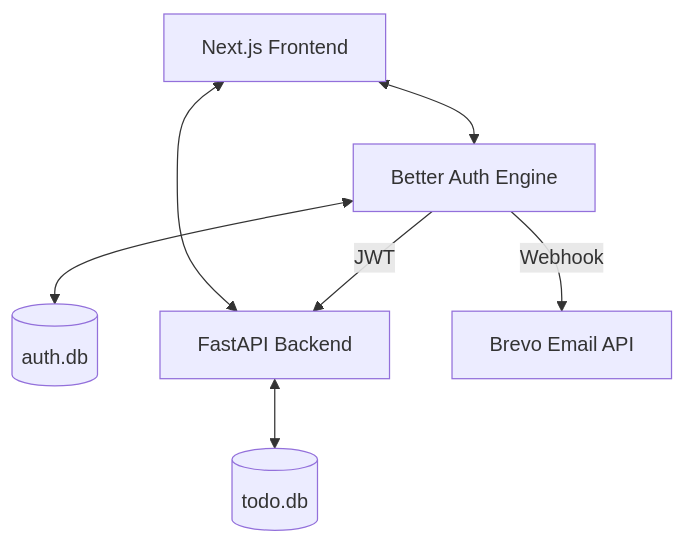
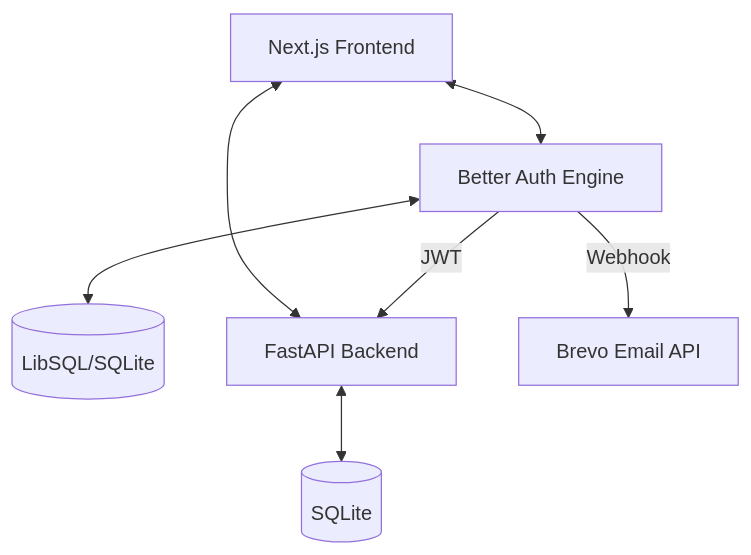
Before and after one commit to rizts/next-todo: the diagram in README.md, drawn with Mermaid. The commit also changed other lines of this file, not shown here.

Commit message:
docs: update README with production architecture and environment details

````diff
--- a/README.md
+++ b/README.md
@@ -19,9 +20,9 @@
 ```mermaid
 graph TD
     Client[Next.js Frontend] <--> BA[Better Auth Engine]
-    BA <--> AuthDB[(auth.db)]
+    BA <--> AuthDB[(LibSQL/SQLite)]
     Client <--> API[FastAPI Backend]
-    API <--> TodoDB[(todo.db)]
+    API <--> TodoDB[(SQLite)]
     BA -- JWT --> API
     BA -- Webhook --> Brevo[Brevo Email API]
 ```
````
